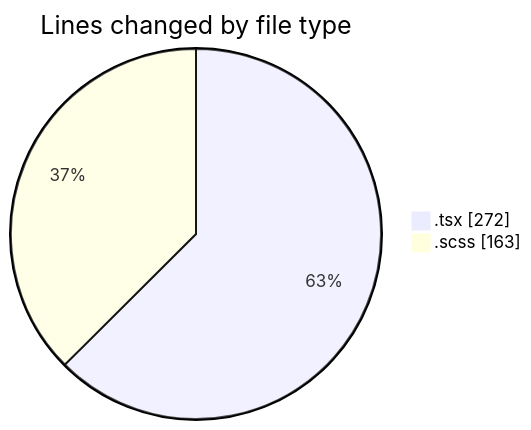
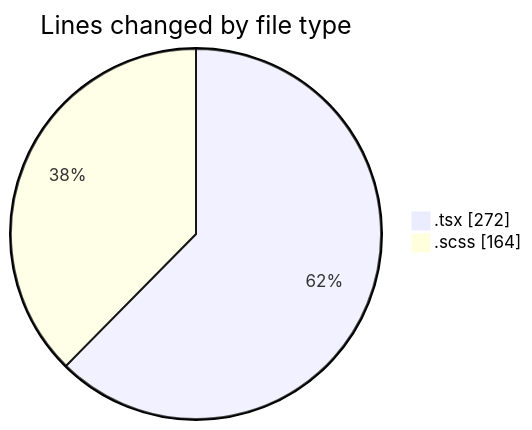
Before and after one commit to momahboobian/code-tracking: the first of 2 diagrams in 2025-09-16/cda/README.md, drawn with Mermaid. The commit also changed other lines of this file and 1 other file, not shown here.

````diff
--- a/2025-09-16/cda/README.md
+++ b/2025-09-16/cda/README.md
@@ -22,6 +22,6 @@
 ```mermaid
 pie showData
 title Lines changed by file type
 ".tsx" : 272
-".scss" : 163
+".scss" : 164
 ```
````
